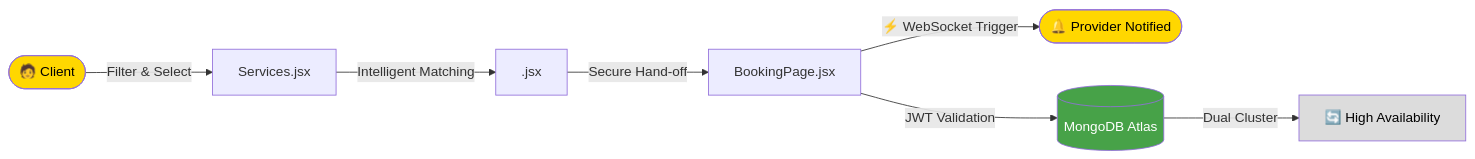
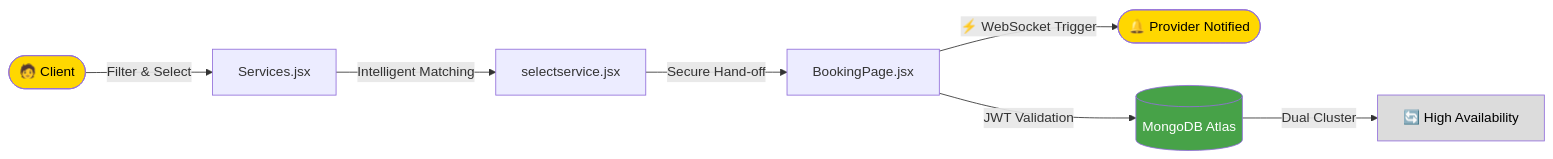
The first of 2 diagrams in README.md (NietoDeveloper/SoftwareDT), drawn with Mermaid before and after one commit.

````diff
--- a/README.md
+++ b/README.md
@@ -88,14 +88,14 @@
 ```mermaid
 flowchart LR
     A([🧑 Client]) -->|Filter & Select| B[Services.jsx]
-    B -->|Intelligent Matching| C[.jsx]
+    B -->|Intelligent Matching| C[selectservice.jsx]
     C -->|Secure Hand-off| D[BookingPage.jsx]
     D -->|⚡ WebSocket Trigger| E([🔔 Provider Notified])
     D -->|JWT Validation| F[(MongoDB Atlas)]
     F -->|Dual Cluster| G[🔄 High Availability]
 
     style A fill:#FFD700,color:#000
     style E fill:#FFD700,color:#000
     style F fill:#47A248,color:#fff
     style G fill:#DCDCDC,color:#000
 ```
````
